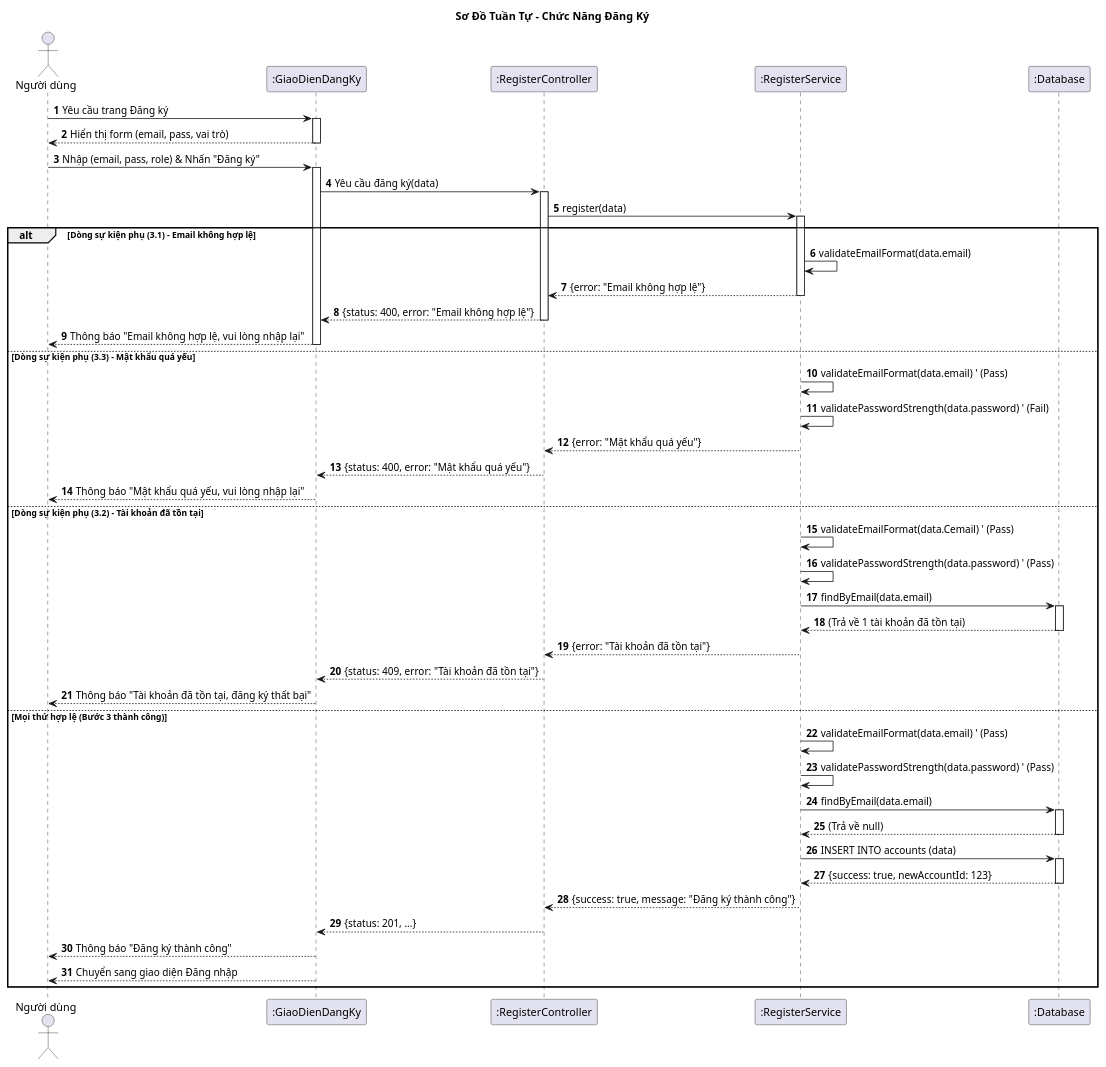
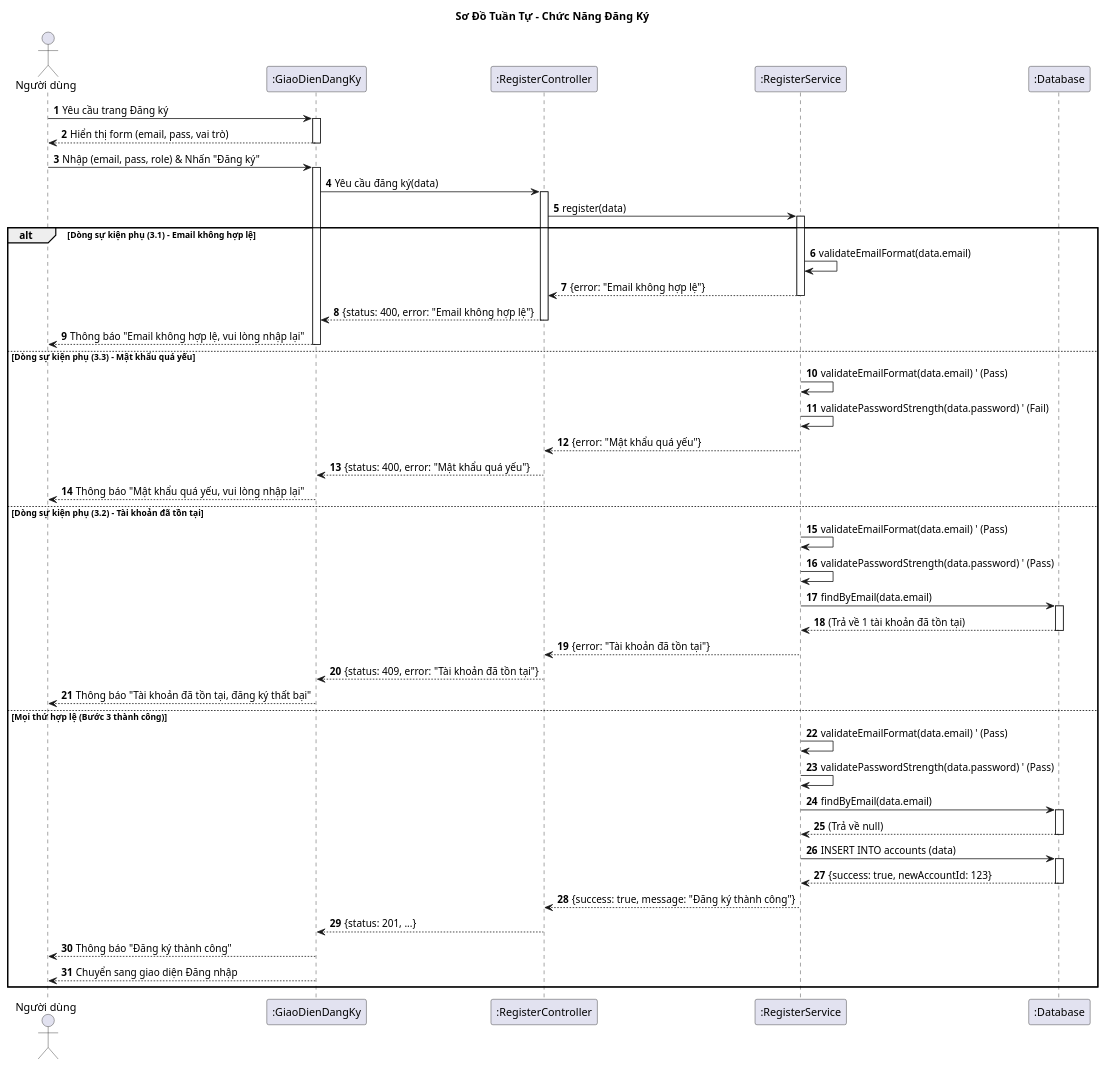
One commit to vinh047/soundwave changed the diagram in Diagrams/SequenceDiagram/SignupSD.plantuml. Above: the diagram before and after it, drawn with PlantUML. The commit also changed 9 other files, not shown here.

Commit message:
Update: Fix Sequence Diagram from 1 to 10

```diff
--- a/Diagrams/SequenceDiagram/SignupSD.plantuml
+++ b/Diagrams/SequenceDiagram/SignupSD.plantuml
@@ -1,94 +1,95 @@
 @startuml Sequence Diagram - Đăng Ký
 
 title Sơ Đồ Tuần Tự - Chức Năng Đăng Ký
 
 actor "Người dùng" as User
 participant ":GiaoDienDangKy" as UI
 participant ":RegisterController" as Controller
 participant ":RegisterService" as Service
 participant ":Database" as DB
 
 autonumber
 
 ' === Dòng sự kiện chính (bước 1): Hiển thị form ===
 User -> UI: Yêu cầu trang Đăng ký
 activate UI
 UI --> User: Hiển thị form (email, pass, vai trò)
 deactivate UI
 
 ' === Dòng sự kiện chính (bước 2): Người dùng gửi thông tin ===
 User -> UI: Nhập (email, pass, role) & Nhấn "Đăng ký"
 activate UI
 UI -> Controller: Yêu cầu đăng ký(data)
 activate Controller
 Controller -> Service: register(data)
 activate Service
 
 ' === Dòng sự kiện (bước 3) & Các dòng sự kiện phụ ===
 ' Service thực hiện các bước kiểm tra
 ' 3.1: Kiểm tra email hợp lệ
 alt Dòng sự kiện phụ (3.1) - Email không hợp lệ
     Service -> Service: validateEmailFormat(data.email)
+    ' (Giả sử kiểm tra thấy không hợp lệ)
     Service --> Controller: {error: "Email không hợp lệ"}
     deactivate Service
     Controller --> UI: {status: 400, error: "Email không hợp lệ"}
     deactivate Controller
     
     UI --> User: Thông báo "Email không hợp lệ, vui lòng nhập lại"
     deactivate UI
     
 ' 3.3: Kiểm tra mật khẩu yếu
 else Dòng sự kiện phụ (3.3) - Mật khẩu quá yếu
     Service -> Service: validateEmailFormat(data.email) ' (Pass)
     Service -> Service: validatePasswordStrength(data.password) ' (Fail)
     Service --> Controller: {error: "Mật khẩu quá yếu"}
     deactivate Service
     Controller --> UI: {status: 400, error: "Mật khẩu quá yếu"}
     deactivate Controller
     
     UI --> User: Thông báo "Mật khẩu quá yếu, vui lòng nhập lại"
     deactivate UI
     
 ' 3.2: Kiểm tra tài khoản tồn tại
 else Dòng sự kiện phụ (3.2) - Tài khoản đã tồn tại
-    Service -> Service: validateEmailFormat(data.Cemail) ' (Pass)
+    Service -> Service: validateEmailFormat(data.email) ' (Pass)
     Service -> Service: validatePasswordStrength(data.password) ' (Pass)
     Service -> DB: findByEmail(data.email)
     activate DB
     DB --> Service: (Trả về 1 tài khoản đã tồn tại)
     deactivate DB
     
     Service --> Controller: {error: "Tài khoản đã tồn tại"}
     deactivate Service
     Controller --> UI: {status: 409, error: "Tài khoản đã tồn tại"}
     deactivate Controller
     
     UI --> User: Thông báo "Tài khoản đã tồn tại, đăng ký thất bại"
     deactivate UI
     
 ' Dòng sự kiện chính (Bước 4 & 5) - Đăng ký thành công
 else Mọi thứ hợp lệ (Bước 3 thành công)
     Service -> Service: validateEmailFormat(data.email) ' (Pass)
     Service -> Service: validatePasswordStrength(data.password) ' (Pass)
     Service -> DB: findByEmail(data.email)
     activate DB
     DB --> Service: (Trả về null)
     deactivate DB
 
     ' Bước 4: Ghi nhận tài khoản mới
     Service -> DB: INSERT INTO accounts (data)
     activate DB
     DB --> Service: {success: true, newAccountId: 123}
     deactivate DB
     Service --> Controller: {success: true, message: "Đăng ký thành công"}
     deactivate Service
     Controller --> UI: {status: 201, ...}
     deactivate Controller
     
     UI --> User: Thông báo "Đăng ký thành công"
     
     ' Bước 5: Chuyển giao diện
     UI --> User: Chuyển sang giao diện Đăng nhập
     deactivate UI
 end
 @enduml
```
